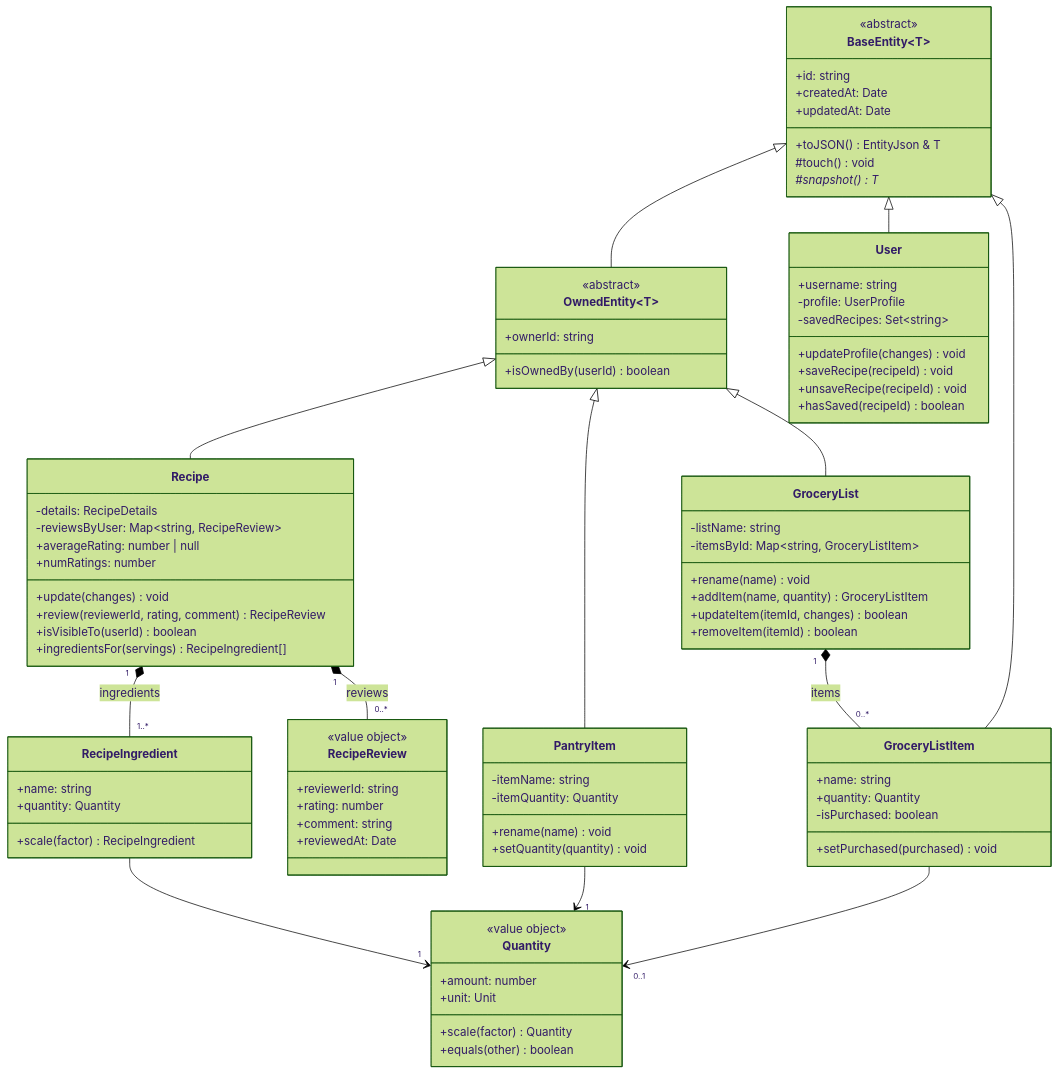
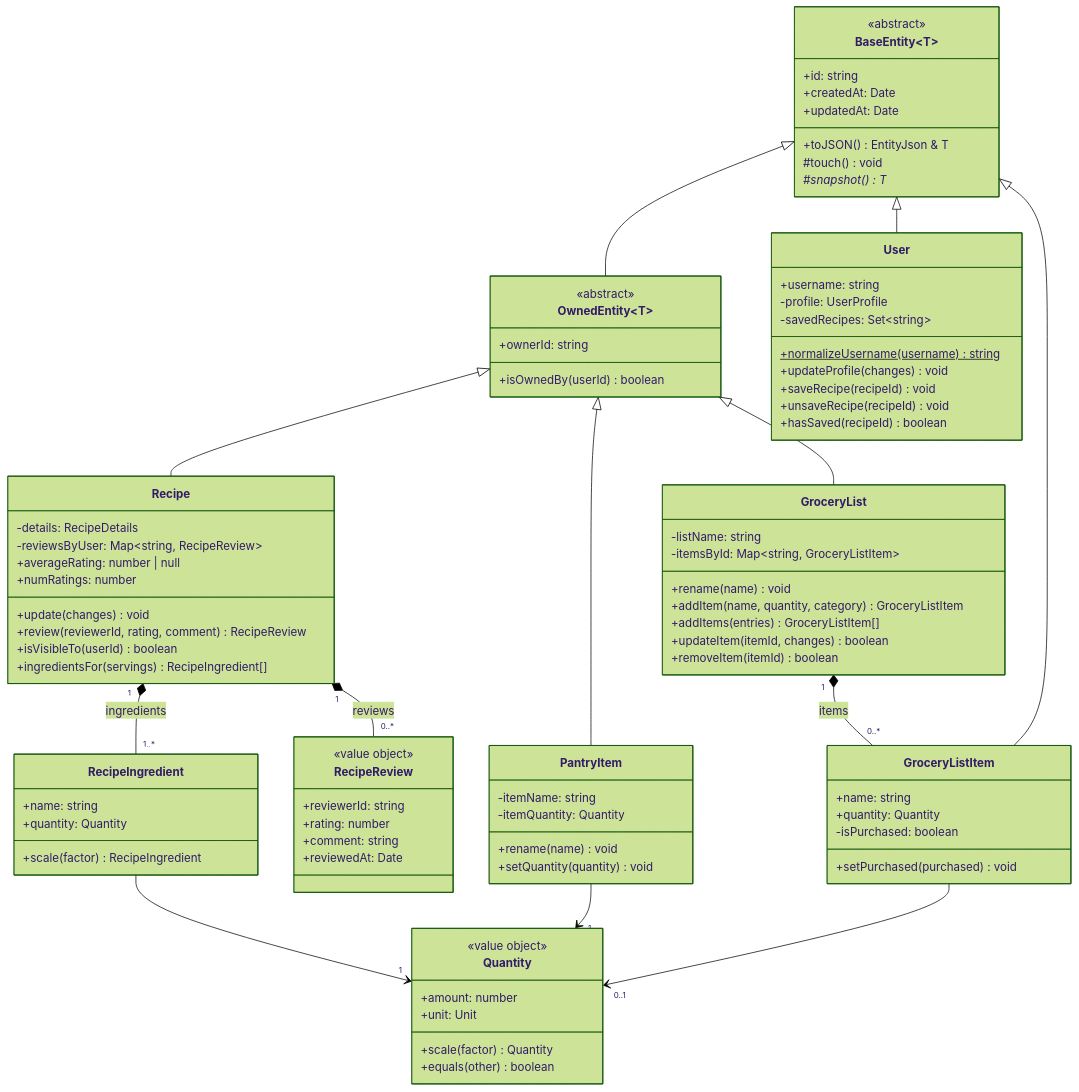
Before and after one commit to max1dyer/PlateUp: the second of 2 diagrams in docs/DESIGN.md, drawn with Mermaid (forest theme). The commit also changed other lines of this file and 119 other files, not shown here.

```diff
--- a/docs/DESIGN.md
+++ b/docs/DESIGN.md
@@ -118,6 +134,7 @@
     +username: string
     -profile: UserProfile
     -savedRecipes: Set~string~
+    +normalizeUsername(username)$ string
     +updateProfile(changes) void
     +saveRecipe(recipeId) void
     +unsaveRecipe(recipeId) void
@@ -155,7 +172,8 @@
     -listName: string
     -itemsById: Map~string, GroceryListItem~
     +rename(name) void
-    +addItem(name, quantity) GroceryListItem
+    +addItem(name, quantity, category) GroceryListItem
+    +addItems(entries) GroceryListItem[]
     +updateItem(itemId, changes) boolean
     +removeItem(itemId) boolean
   }
```
